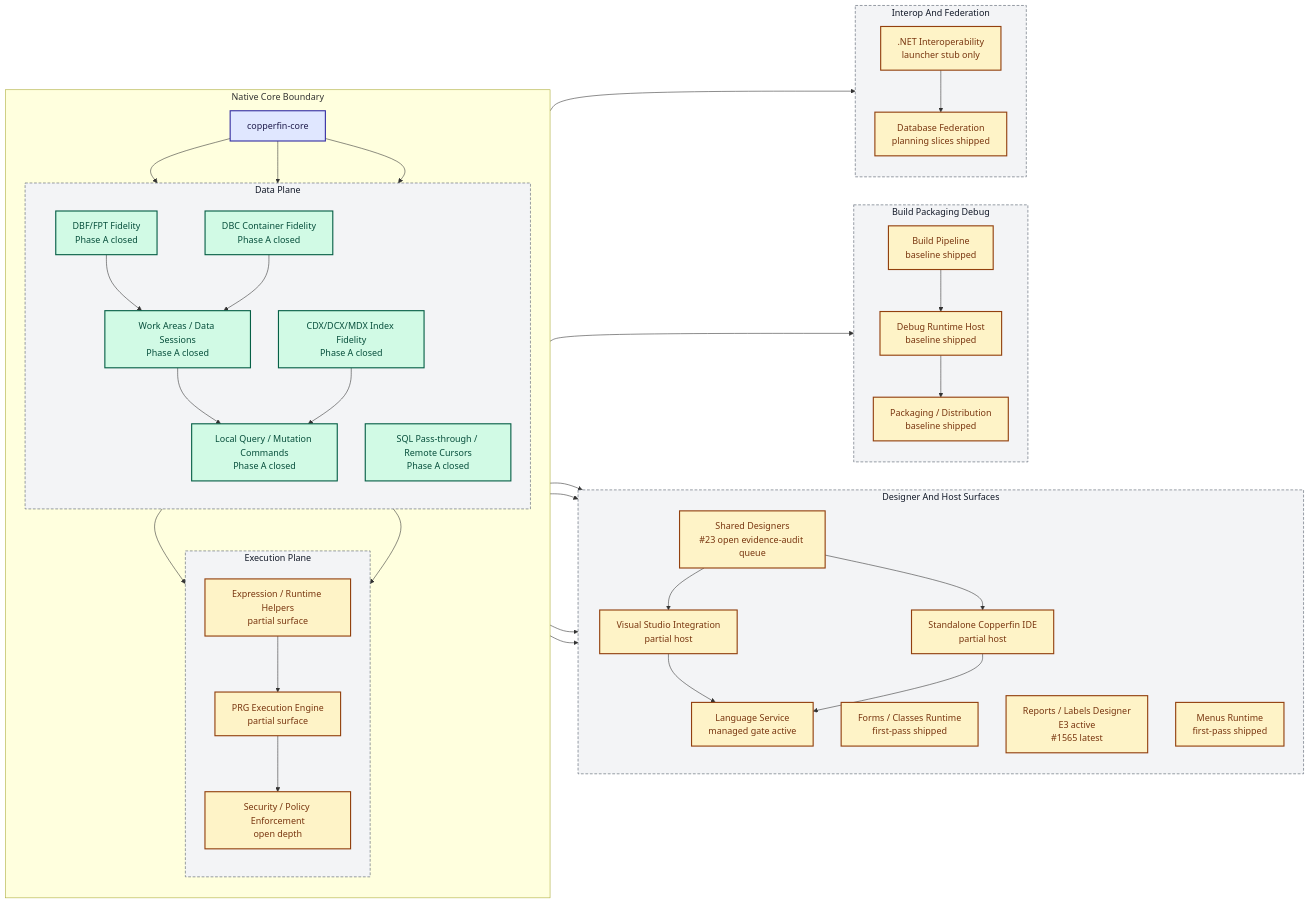
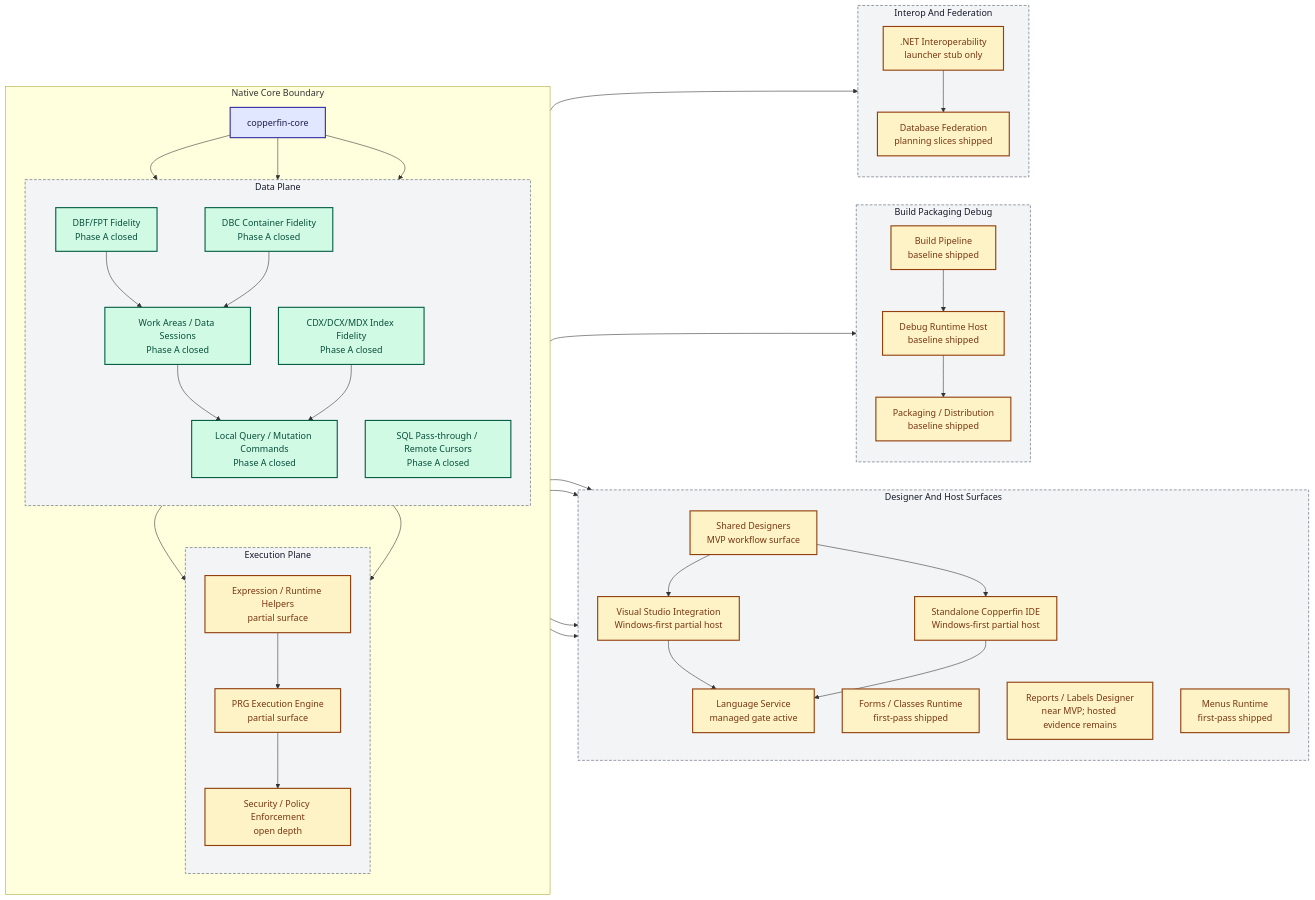
Before and after one commit to rhamenator/Project-Copperfin: the diagram in docs/02-architecture.md, drawn with Mermaid. The commit also changed other lines of this file and 16 other files, not shown here.

Commit message:
Reframe roadmap around MVP workstream tree

```diff
--- a/docs/02-architecture.md
+++ b/docs/02-architecture.md
@@ -34,12 +34,12 @@
 
     subgraph UXHosts[Designer And Host Surfaces]
         direction TB
-        DES["Shared Designers<br/>#23 open evidence-audit queue"]
+        DES["Shared Designers<br/>MVP workflow surface"]
         FORMS["Forms / Classes Runtime<br/>first-pass shipped"]
-        RPT["Reports / Labels Designer<br/>E3 active<br/>#1565 latest"]
+        RPT["Reports / Labels Designer<br/>near MVP; hosted evidence remains"]
         MENU["Menus Runtime<br/>first-pass shipped"]
-        VS["Visual Studio Integration<br/>partial host"]
-        IDE["Standalone Copperfin IDE<br/>partial host"]
+        VS["Visual Studio Integration<br/>Windows-first partial host"]
+        IDE["Standalone Copperfin IDE<br/>Windows-first partial host"]
         LS["Language Service<br/>managed gate active"]
     end
 
```
